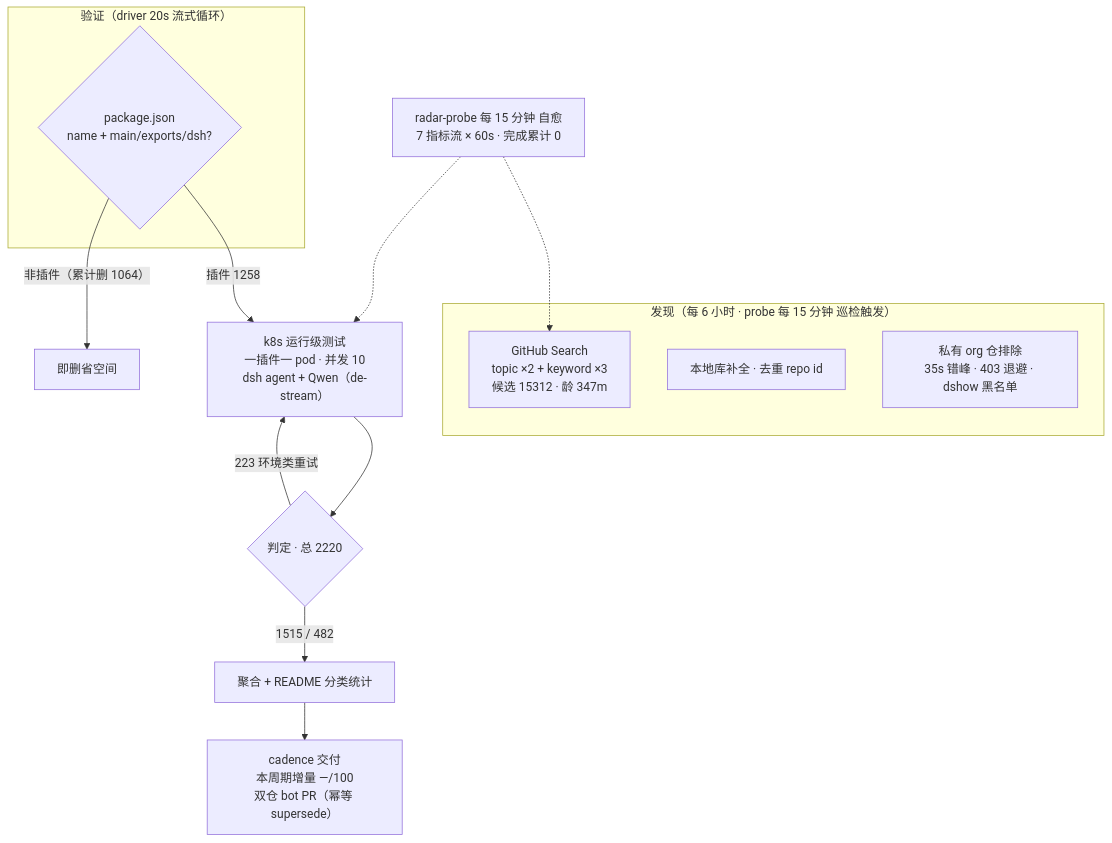
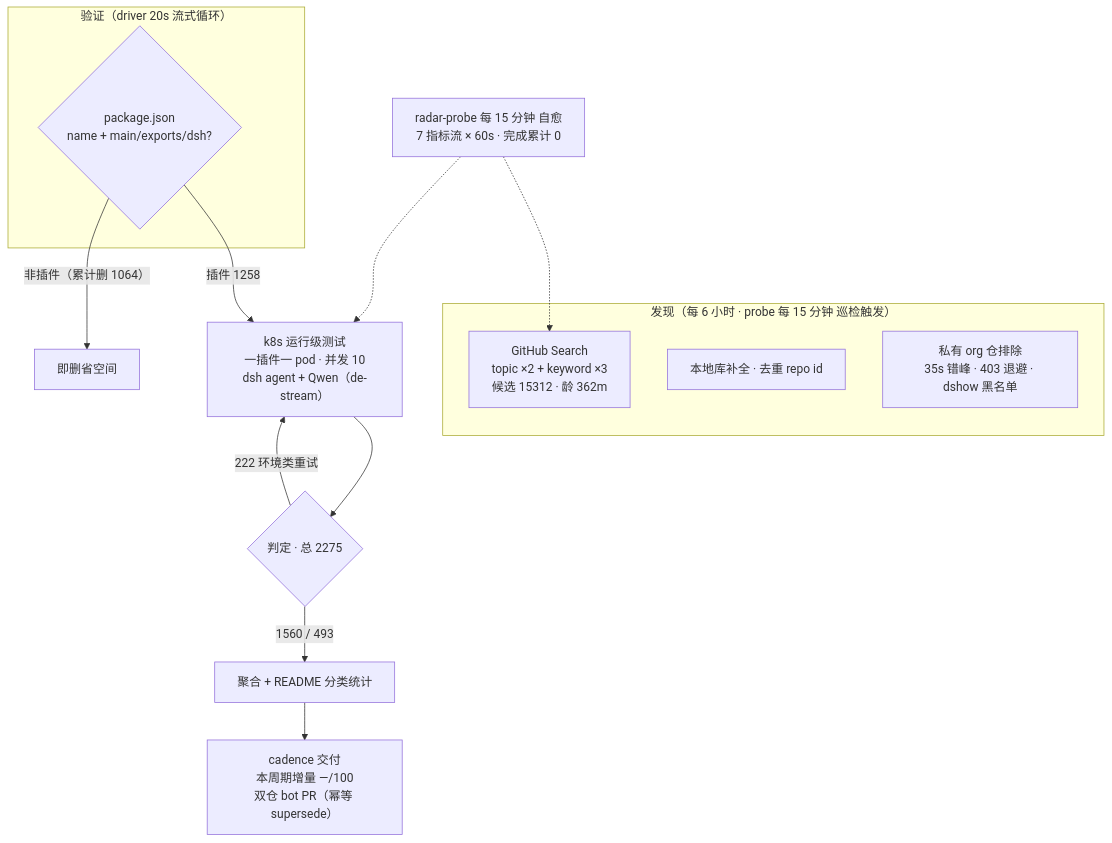
The diagram in README.md (Zhidao-Lab-OSS/awesome-dsh-plugins), drawn with Mermaid before and after one commit. The commit also changed other lines of this file and 1 other file, not shown here.

````diff
--- a/README.md
+++ b/README.md
@@ -37,20 +37,20 @@
 ```mermaid
 flowchart TB
     subgraph Discovery["发现（每 6 小时 · probe 每 15 分钟 巡检触发）"]
-        A1["GitHub Search<br/>topic ×2 + keyword ×3<br/>候选 15312 · 龄 347m"]
+        A1["GitHub Search<br/>topic ×2 + keyword ×3<br/>候选 15312 · 龄 362m"]
         A2["本地库补全 · 去重 repo id"]
         A3["私有 org 仓排除<br/>35s 错峰 · 403 退避 · dshow 黑名单"]
     end
     subgraph Validation["验证（driver 20s 流式循环）"]
         B1{"package.json<br/>name + main/exports/dsh?"}
     end
     B1 -->|"插件 1258"| C1["k8s 运行级测试<br/>一插件一 pod · 并发 10<br/>dsh agent + Qwen（de-stream）"]
     B1 -->|"非插件（累计删 1064）"| B3["即删省空间"]
-    C1 --> D1{"判定 · 总 2220"}
-    D1 -->|"1515 / 482"| E1["聚合 + README 分类统计"]
-    D1 -->|"223 环境类重试"| C1
+    C1 --> D1{"判定 · 总 2275"}
+    D1 -->|"1560 / 493"| E1["聚合 + README 分类统计"]
+    D1 -->|"222 环境类重试"| C1
     E1 --> E2["cadence 交付<br/>本周期增量 —/100<br/>双仓 bot PR（幂等 supersede）"]
     M["radar-probe 每 15 分钟 自愈<br/>7 指标流 × 60s · 完成累计 0"]
     M -.-> A1
     M -.-> C1
 ```
````
